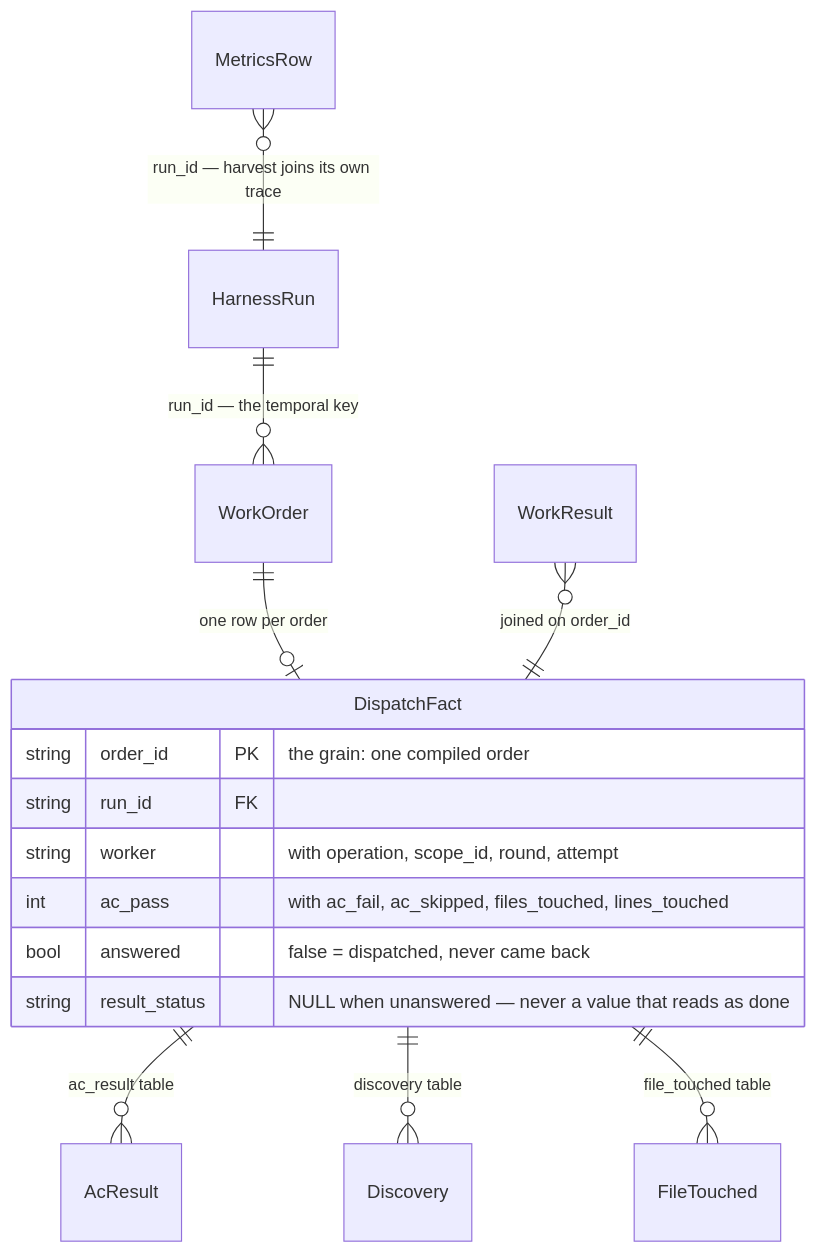
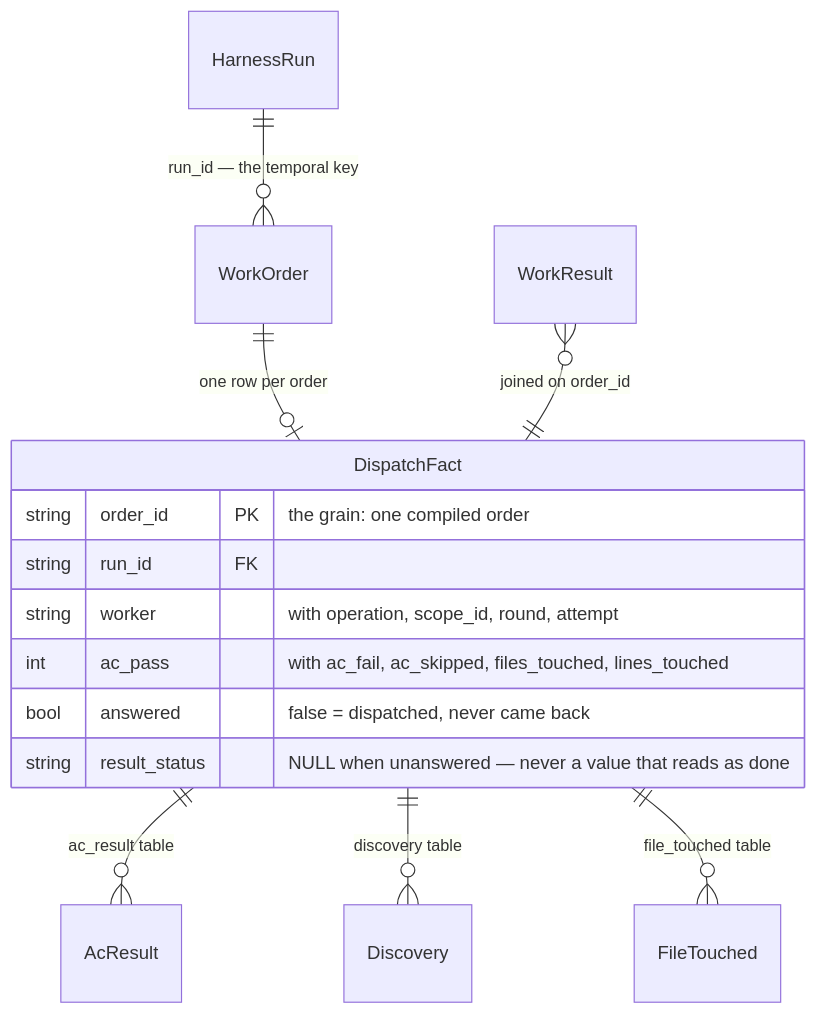
One commit to nguyenvanphituoc/shapeup-sdlc-plugin changed the fifth of 5 diagrams in docs/design/07-domain-erd.md. Above: the diagram before and after it, drawn with Mermaid. The commit also changed other lines of this file and 100 other files, not shown here.

First line of the commit message:
refactor(skills): retire the control plane — delete tech-lead and its run script, merge snapshot into resume, drop the dead schema defs

````diff
--- a/docs/design/07-domain-erd.md
+++ b/docs/design/07-domain-erd.md
@@ -264,19 +262,18 @@
 ```mermaid
 erDiagram
     HarnessRun ||--o{ WorkOrder : "run_id — the temporal key"
     WorkOrder ||--o| DispatchFact : "one row per order"
     WorkResult }o--|| DispatchFact : "joined on order_id"
     DispatchFact ||--o{ AcResult : "ac_result table"
     DispatchFact ||--o{ Discovery : "discovery table"
     DispatchFact ||--o{ FileTouched : "file_touched table"
-    MetricsRow }o--|| HarnessRun : "run_id — harvest joins its own trace"
 
     DispatchFact {
         string order_id PK "the grain: one compiled order"
         string run_id FK
         string worker "with operation, scope_id, round, attempt"
         int ac_pass "with ac_fail, ac_skipped, files_touched, lines_touched"
         bool answered "false = dispatched, never came back"
         string result_status "NULL when unanswered — never a value that reads as done"
     }
 ```
````
